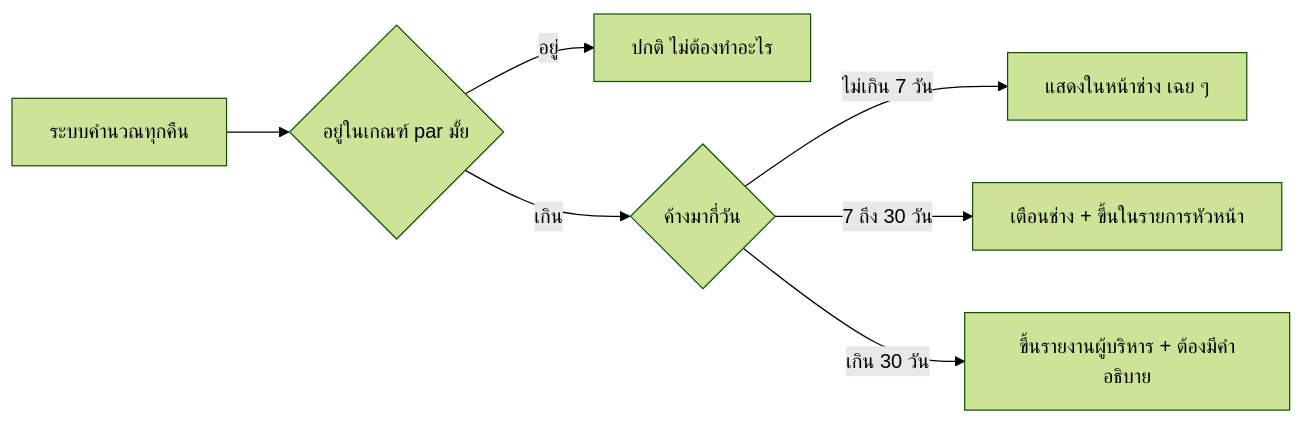
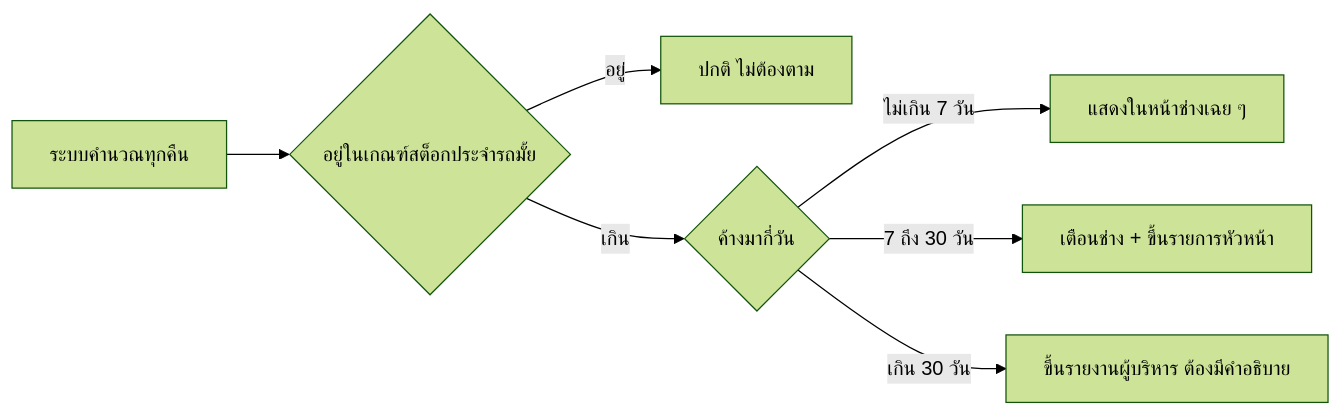
The second of 2 diagrams in docs/spare-part-custody-design.md (sasinbn-oss/service-app), drawn with Mermaid (forest theme) before and after one commit. The commit also changed other lines of this file, not shown here.

````diff
--- a/docs/spare-part-custody-design.md
+++ b/docs/spare-part-custody-design.md
@@ -204,9 +164,9 @@
 ```mermaid
 flowchart LR
-    A[ระบบคำนวณทุกคืน] --> B{อยู่ในเกณฑ์ par มั้ย}
-    B -->|อยู่| C[ปกติ ไม่ต้องทำอะไร]
+    A[ระบบคำนวณทุกคืน] --> B{อยู่ในเกณฑ์สต็อกประจำรถมั้ย}
+    B -->|อยู่| C[ปกติ ไม่ต้องตาม]
     B -->|เกิน| D{ค้างมากี่วัน}
-    D -->|ไม่เกิน 7 วัน| E[แสดงในหน้าช่าง เฉย ๆ]
-    D -->|7 ถึง 30 วัน| F[เตือนช่าง + ขึ้นในรายการหัวหน้า]
-    D -->|เกิน 30 วัน| G[ขึ้นรายงานผู้บริหาร + ต้องมีคำอธิบาย]
+    D -->|ไม่เกิน 7 วัน| E[แสดงในหน้าช่างเฉย ๆ]
+    D -->|7 ถึง 30 วัน| F[เตือนช่าง + ขึ้นรายการหัวหน้า]
+    D -->|เกิน 30 วัน| G[ขึ้นรายงานผู้บริหาร ต้องมีคำอธิบาย]
 ```
````
